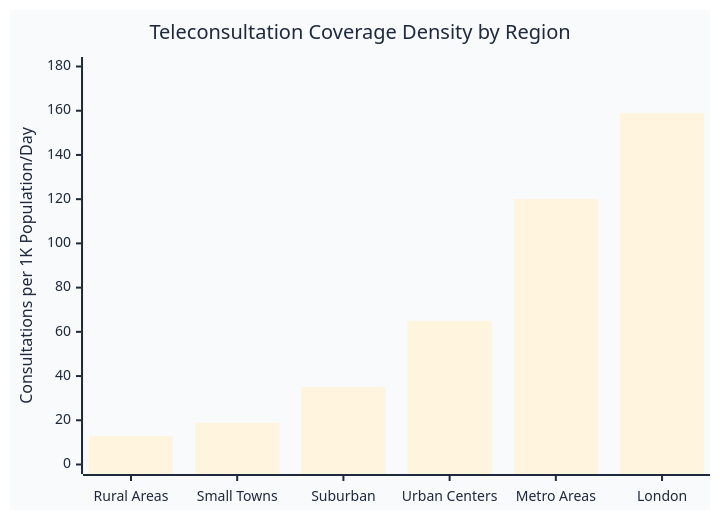
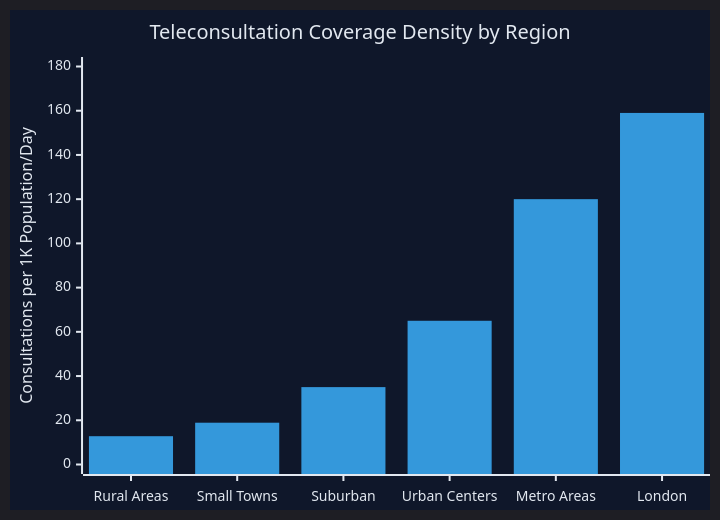
The eighth of 20 diagrams in report.md (hr1juldey/FairWorks_FairDOC), drawn with Mermaid before and after one commit.

````diff
--- a/report.md
+++ b/report.md
@@ -366,21 +366,21 @@
 ```mermaid
 %%{init: {
-  "theme": "base",
+  "theme": "dark",
   "themeVariables": {
-    "primaryColor": "#2563eb",
-    "primaryTextColor": "#1e293b",
-    "primaryBorderColor": "#1d4ed8",
-    "lineColor": "#64748b",
-    "secondaryColor": "#0891b2",
-    "tertiaryColor": "#06b6d4",
-    "background": "#f8fafc",
-    "mainBkg": "#ffffff",
-    "secondBkg": "#f1f5f9"
+    "primaryColor": "#3b82f6",
+    "primaryTextColor": "#e2e8f0",
+    "primaryBorderColor": "#2563eb",
+    "lineColor": "#94a3b8",
+    "secondaryColor": "#0ea5e9",
+    "tertiaryColor": "#38bdf8",
+    "background": "#0f172a",
+    "mainBkg": "#1e293b",
+    "secondBkg": "#334155"
   }
 }}%%
 xychart-beta
     title "Teleconsultation Coverage Density by Region"
     x-axis ["Rural Areas", "Small Towns", "Suburban", "Urban Centers", "Metro Areas", "London"]
     y-axis "Consultations per 1K Population/Day" 0 --> 180
     bar [12.8, 18.9, 35, 65, 120, 159]
 ```
````
